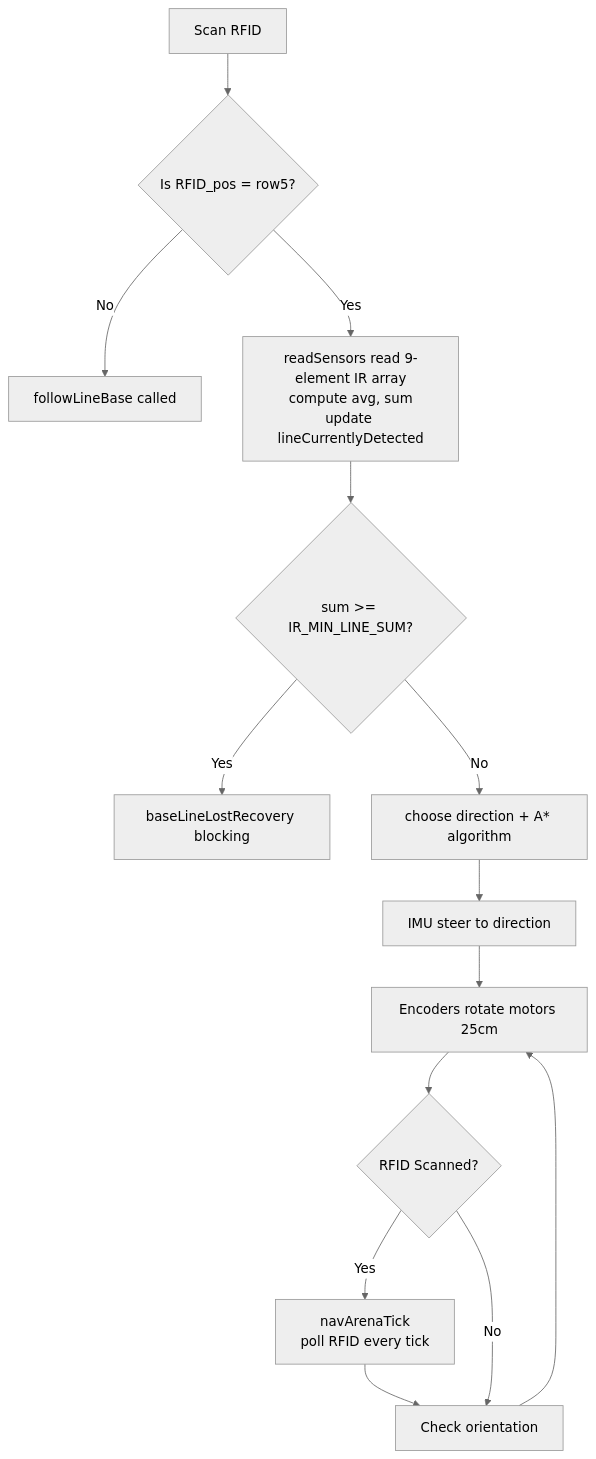
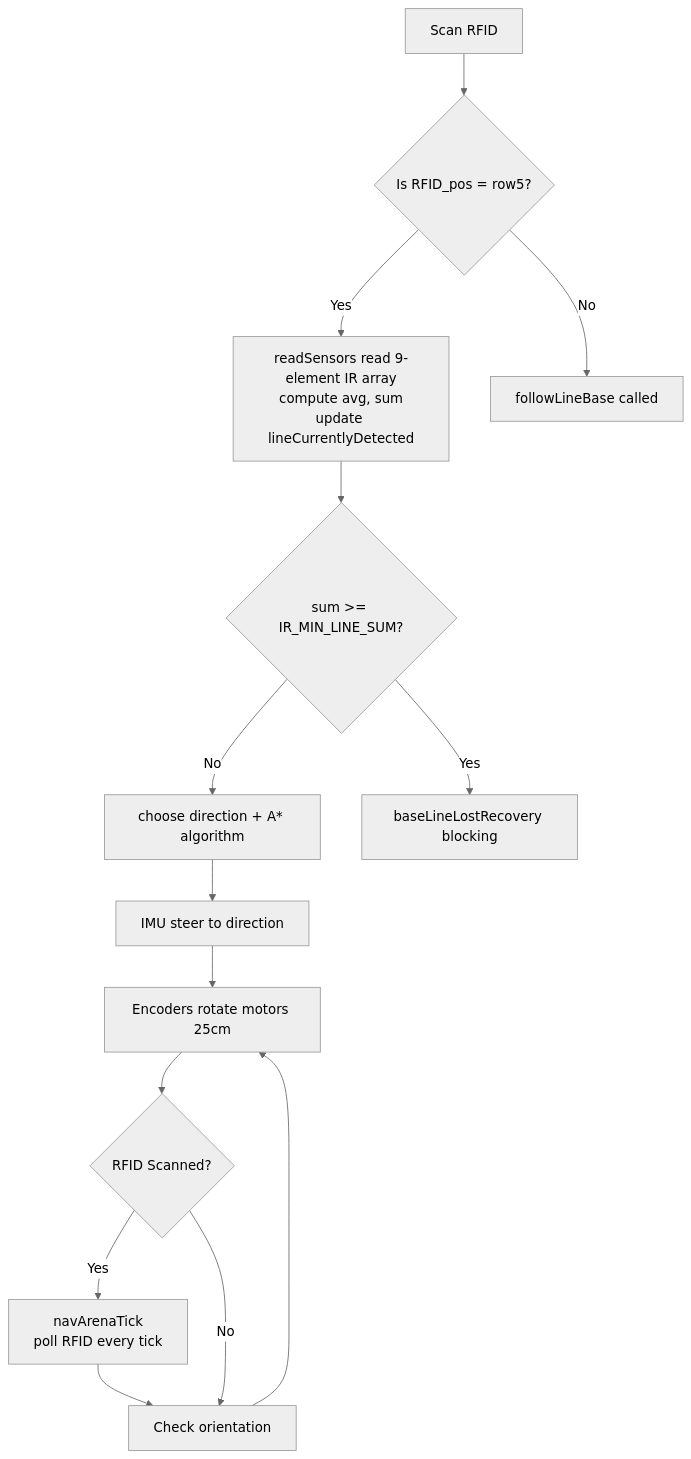
One commit to Stanleyhoo1/Robotics-Challenge changed the ninth of 9 diagrams in docs/flowcharts.md. Above: the diagram before and after it, drawn with Mermaid (neutral theme).

Commit message:
Reorder flowchart steps for clarity

````diff
--- a/docs/flowcharts.md
+++ b/docs/flowcharts.md
@@ -275,16 +275,16 @@
 ```mermaid
     flowchart TD
     A[Scan RFID] --> B{Is RFID_pos = row5?}
-    B -- No --> C[followLineBase called]
-    B -- Yes -->D[readSensors read 9-element IR array<br/>compute avg, sum<br/>update lineCurrentlyDetected]
-    D --> E{sum >= IR_MIN_LINE_SUM?}
-    E -- Yes --> F[baseLineLostRecovery blocking]
-    E -- No --> G[choose direction + A* algorithm]
-    G --> H[IMU steer to direction]
+    B -- Yes -->C[readSensors read 9-element IR array<br/>compute avg, sum<br/>update lineCurrentlyDetected]
+    B --No --> D[followLineBase called]
+    C --> E{sum >= IR_MIN_LINE_SUM?}
+    E -- No --> F[choose direction + A* algorithm]
+    E -- Yes --> G[baseLineLostRecovery blocking]
+    F --> H[IMU steer to direction]
     H --> I[Encoders rotate motors 25cm]
     I --> J{RFID Scanned?}
     J -- Yes --> K[navArenaTick<br/>poll RFID every tick]
     K --> L[Planting function called]
     J -- No --> L[Check orientation]
     L --> I
 ```
````
